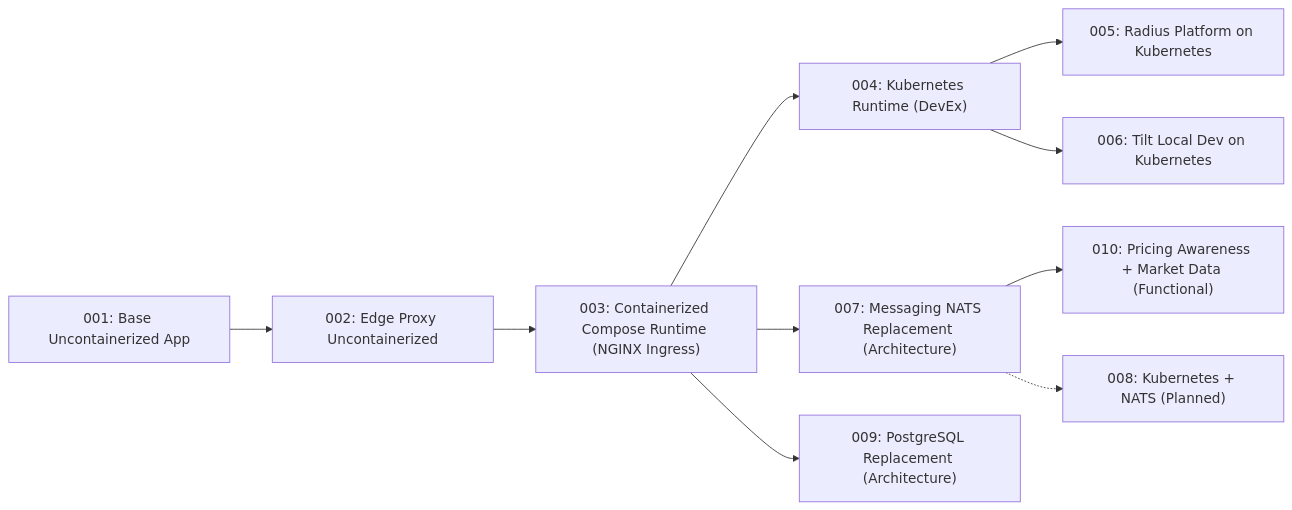
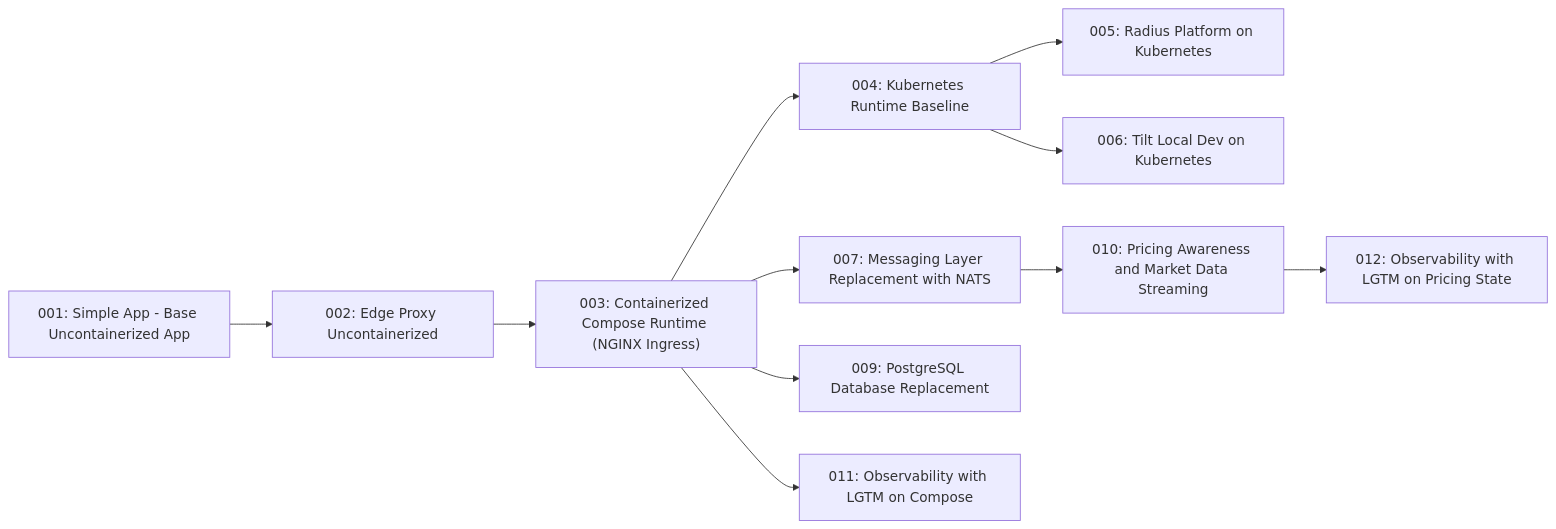
One commit to finos/traderX changed the first of 2 diagrams in docs/spec-kit/visual-learning-graphs.md. Above: the diagram before and after it, drawn with Mermaid. The commit also changed other lines of this file and 64 other files, not shown here.

Commit message:
spec: add observability states 011/012 with LGTM overlays and state-doc sync playbook

````diff
--- a/docs/spec-kit/visual-learning-graphs.md
+++ b/docs/spec-kit/visual-learning-graphs.md
@@ -11,22 +11,35 @@
 ```mermaid
 flowchart LR
-  S001["001: Base Uncontainerized App"] --> S002["002: Edge Proxy Uncontainerized"]
-  S002 --> S003["003: Containerized Compose Runtime (NGINX Ingress)"]
-  S003 --> S004["004: Kubernetes Runtime (DevEx)"]
-  S003 --> S007["007: Messaging NATS Replacement (Architecture)"]
-  S003 --> S009["009: PostgreSQL Replacement (Architecture)"]
-  S007 --> S010["010: Pricing Awareness + Market Data (Functional)"]
-  S004 --> S005["005: Radius Platform on Kubernetes"]
-  S004 --> S006["006: Tilt Local Dev on Kubernetes"]
-  S007 -.-> S008["008: Kubernetes + NATS (Planned)"]
-
-  click S001 href "/specs/baseline-uncontainerized-parity" "Open State 001 Spec Pack"
-  click S002 href "/specs/edge-proxy-uncontainerized" "Open State 002 Spec Pack"
-  click S003 href "/specs/containerized-compose-runtime" "Open State 003 Spec Pack"
-  click S004 href "/specs/kubernetes-runtime" "Open State 004 Spec Pack"
-  click S005 href "/specs/radius-kubernetes-platform" "Open State 005 Spec Pack"
-  click S006 href "/specs/tilt-kubernetes-dev-loop" "Open State 006 Spec Pack"
-  click S007 href "/specs/messaging-nats-replacement" "Open State 007 Spec Pack"
-  click S009 href "/specs/postgres-database-replacement" "Open State 009 Spec Pack"
-  click S010 href "/specs/pricing-awareness-market-data" "Open State 010 Spec Pack"
+  S001_baseline_uncontainerized_parity["001: Simple App - Base Uncontainerized App"]
+  S002_edge_proxy_uncontainerized["002: Edge Proxy Uncontainerized"]
+  S003_containerized_compose_runtime["003: Containerized Compose Runtime (NGINX Ingress)"]
+  S004_kubernetes_runtime["004: Kubernetes Runtime Baseline"]
+  S005_radius_kubernetes_platform["005: Radius Platform on Kubernetes"]
+  S006_tilt_kubernetes_dev_loop["006: Tilt Local Dev on Kubernetes"]
+  S007_messaging_nats_replacement["007: Messaging Layer Replacement with NATS"]
+  S009_postgres_database_replacement["009: PostgreSQL Database Replacement"]
+  S010_pricing_awareness_market_data["010: Pricing Awareness and Market Data Streaming"]
+  S011_observability_lgtm_compose["011: Observability with LGTM on Compose"]
+  S012_observability_on_pricing["012: Observability with LGTM on Pricing State"]
+  S001_baseline_uncontainerized_parity --> S002_edge_proxy_uncontainerized
+  S002_edge_proxy_uncontainerized --> S003_containerized_compose_runtime
+  S003_containerized_compose_runtime --> S004_kubernetes_runtime
+  S004_kubernetes_runtime --> S005_radius_kubernetes_platform
+  S004_kubernetes_runtime --> S006_tilt_kubernetes_dev_loop
+  S003_containerized_compose_runtime --> S007_messaging_nats_replacement
+  S003_containerized_compose_runtime --> S009_postgres_database_replacement
+  S007_messaging_nats_replacement --> S010_pricing_awareness_market_data
+  S003_containerized_compose_runtime --> S011_observability_lgtm_compose
+  S010_pricing_awareness_market_data --> S012_observability_on_pricing
+  click S001_baseline_uncontainerized_parity href "/specs/baseline-uncontainerized-parity" "Open State 001 Spec Pack"
+  click S002_edge_proxy_uncontainerized href "/specs/edge-proxy-uncontainerized" "Open State 002 Spec Pack"
+  click S003_containerized_compose_runtime href "/specs/containerized-compose-runtime" "Open State 003 Spec Pack"
+  click S004_kubernetes_runtime href "/specs/kubernetes-runtime" "Open State 004 Spec Pack"
+  click S005_radius_kubernetes_platform href "/specs/radius-kubernetes-platform" "Open State 005 Spec Pack"
+  click S006_tilt_kubernetes_dev_loop href "/specs/tilt-kubernetes-dev-loop" "Open State 006 Spec Pack"
+  click S007_messaging_nats_replacement href "/specs/messaging-nats-replacement" "Open State 007 Spec Pack"
+  click S009_postgres_database_replacement href "/specs/postgres-database-replacement" "Open State 009 Spec Pack"
+  click S010_pricing_awareness_market_data href "/specs/pricing-awareness-market-data" "Open State 010 Spec Pack"
+  click S011_observability_lgtm_compose href "/specs/observability-lgtm-compose" "Open State 011 Spec Pack"
+  click S012_observability_on_pricing href "/specs/observability-on-pricing" "Open State 012 Spec Pack"
 ```
````
